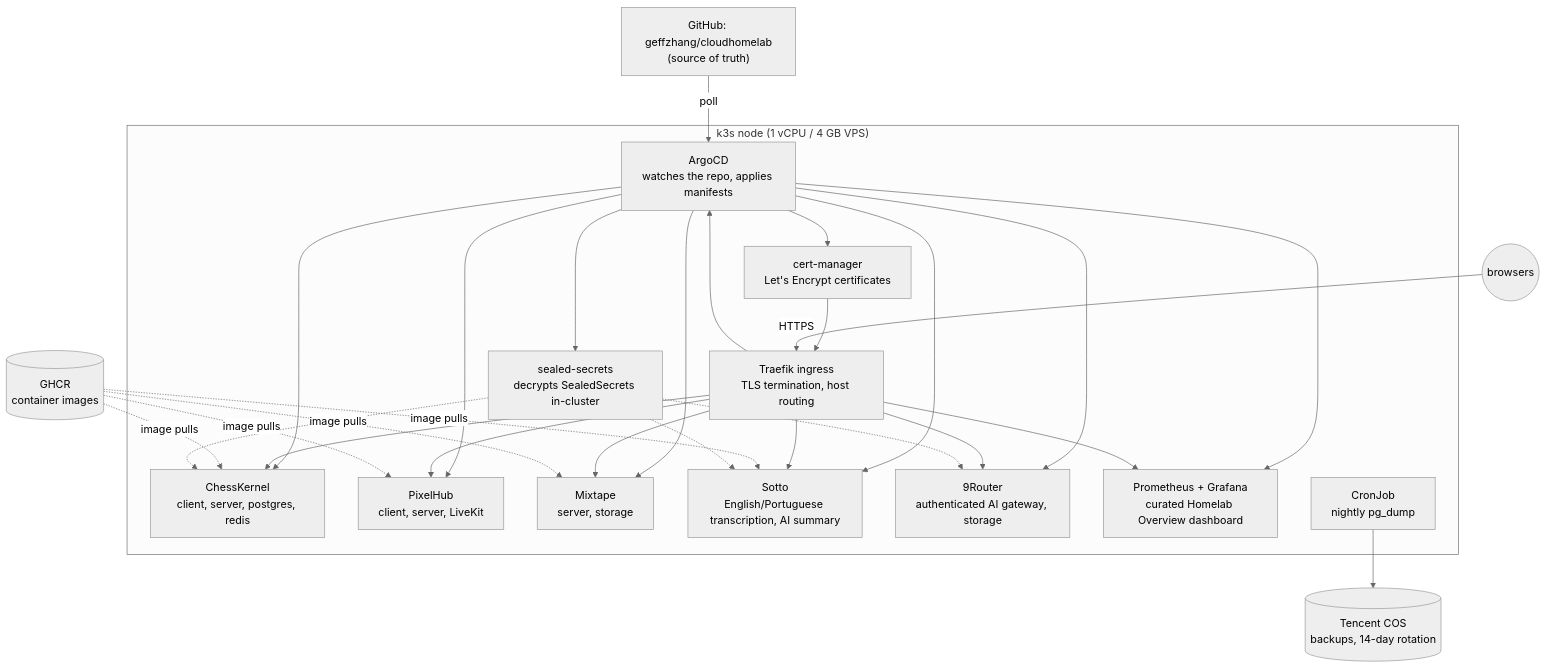
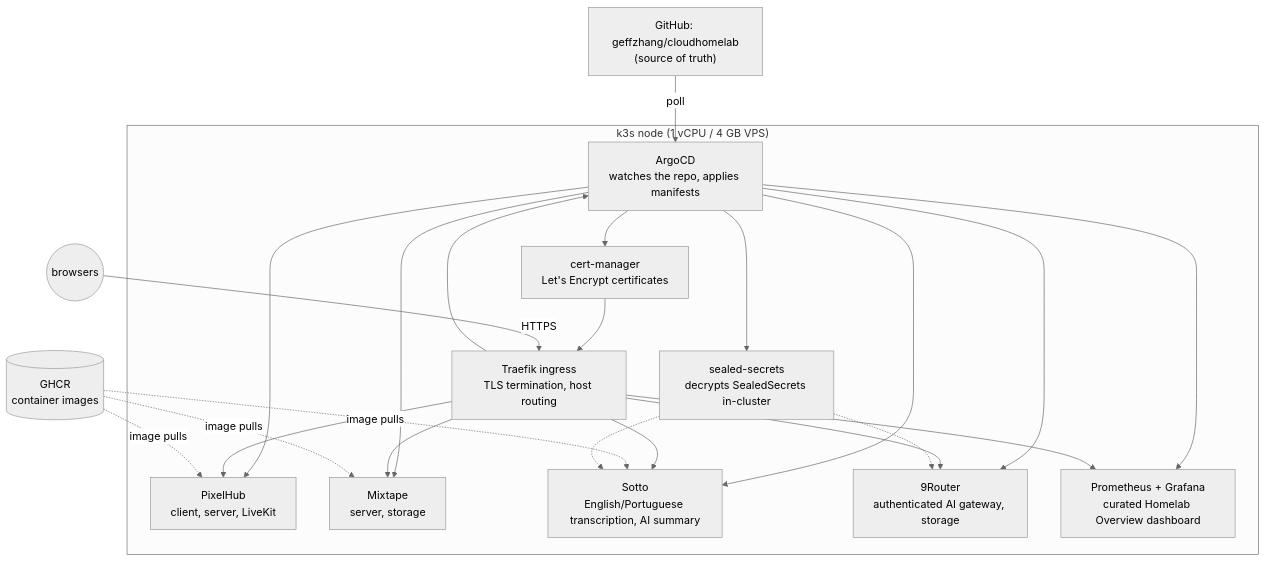
The first of 3 diagrams in README.md (geffzhang/cloudhomelab), drawn with Mermaid (neutral theme) before and after one commit. The commit also changed other lines of this file and 18 other files, not shown here.

Commit message:
chore: remove ChessKernel from active platform

````diff
--- a/README.md
+++ b/README.md
@@ -53,47 +51,39 @@
 ```mermaid
 flowchart TB
     gh["GitHub: geffzhang/cloudhomelab<br/>(source of truth)"]
     subgraph node["k3s node (1 vCPU / 4 GB VPS)"]
         argo["ArgoCD<br/>watches the repo, applies manifests"]
         traefik["Traefik ingress<br/>TLS termination, host routing"]
         cm["cert-manager<br/>Let's Encrypt certificates"]
         seal["sealed-secrets<br/>decrypts SealedSecrets in-cluster"]
-        chess["ChessKernel<br/>client, server, postgres, redis"]
         pixel["PixelHub<br/>client, server, LiveKit"]
         mix["Mixtape<br/>server, storage"]
         sotto["Sotto<br/>English/Portuguese transcription, AI summary"]
         router["9Router<br/>authenticated AI gateway, storage"]
         mon["Prometheus + Grafana<br/>curated Homelab Overview dashboard"]
-        cron["CronJob<br/>nightly pg_dump"]
     end
-    cos[("Tencent COS<br/>backups, 14-day rotation")]
     ghcr[("GHCR<br/>container images")]
     users(("browsers"))
 
     gh -->|poll| argo
-    argo --> chess
     argo --> pixel
     argo --> mix
     argo --> sotto
     argo --> router
     argo --> mon
     argo --> seal
     argo --> cm
     cm --> traefik
     users -->|HTTPS| traefik
-    traefik --> chess
     traefik --> pixel
     traefik --> mix
     traefik --> sotto
     traefik --> router
     traefik --> argo
     traefik --> mon
-    ghcr -.->|image pulls| chess
     ghcr -.->|image pulls| pixel
     ghcr -.->|image pulls| mix
     ghcr -.->|image pulls| sotto
-    cron --> cos
-    seal -.-> chess
     seal -.-> sotto
     seal -.-> router
 ```
````
